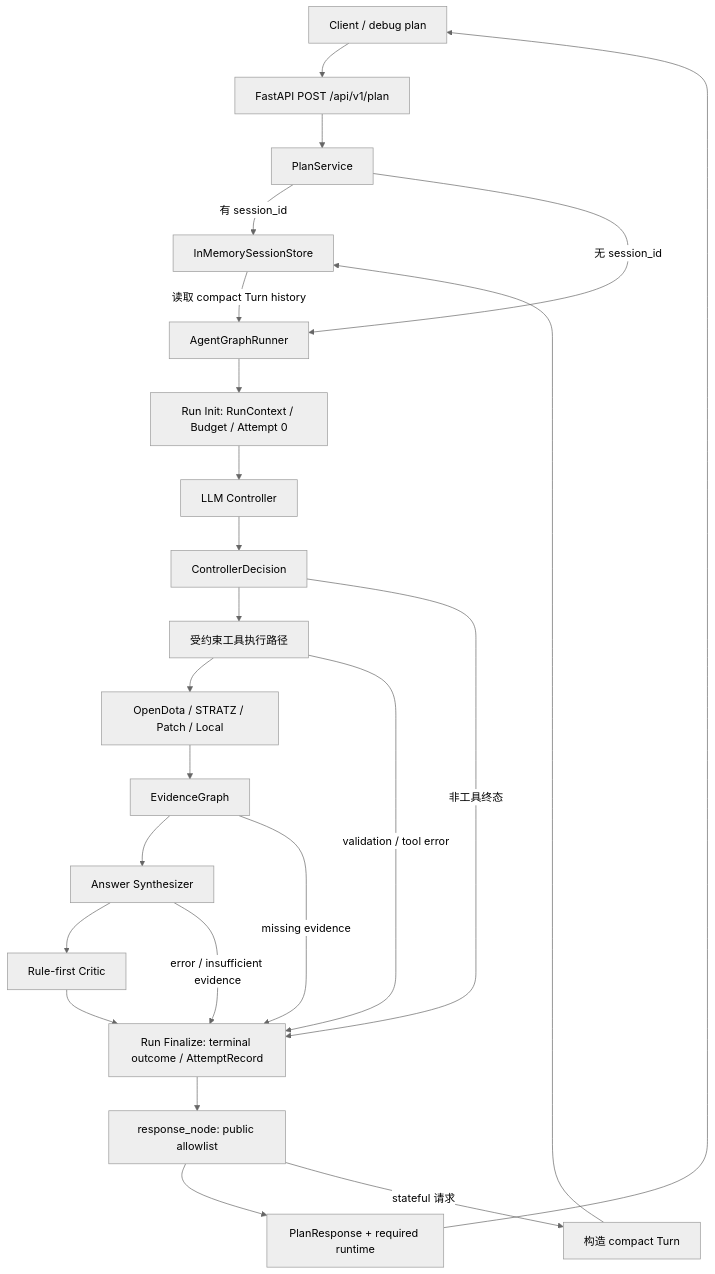
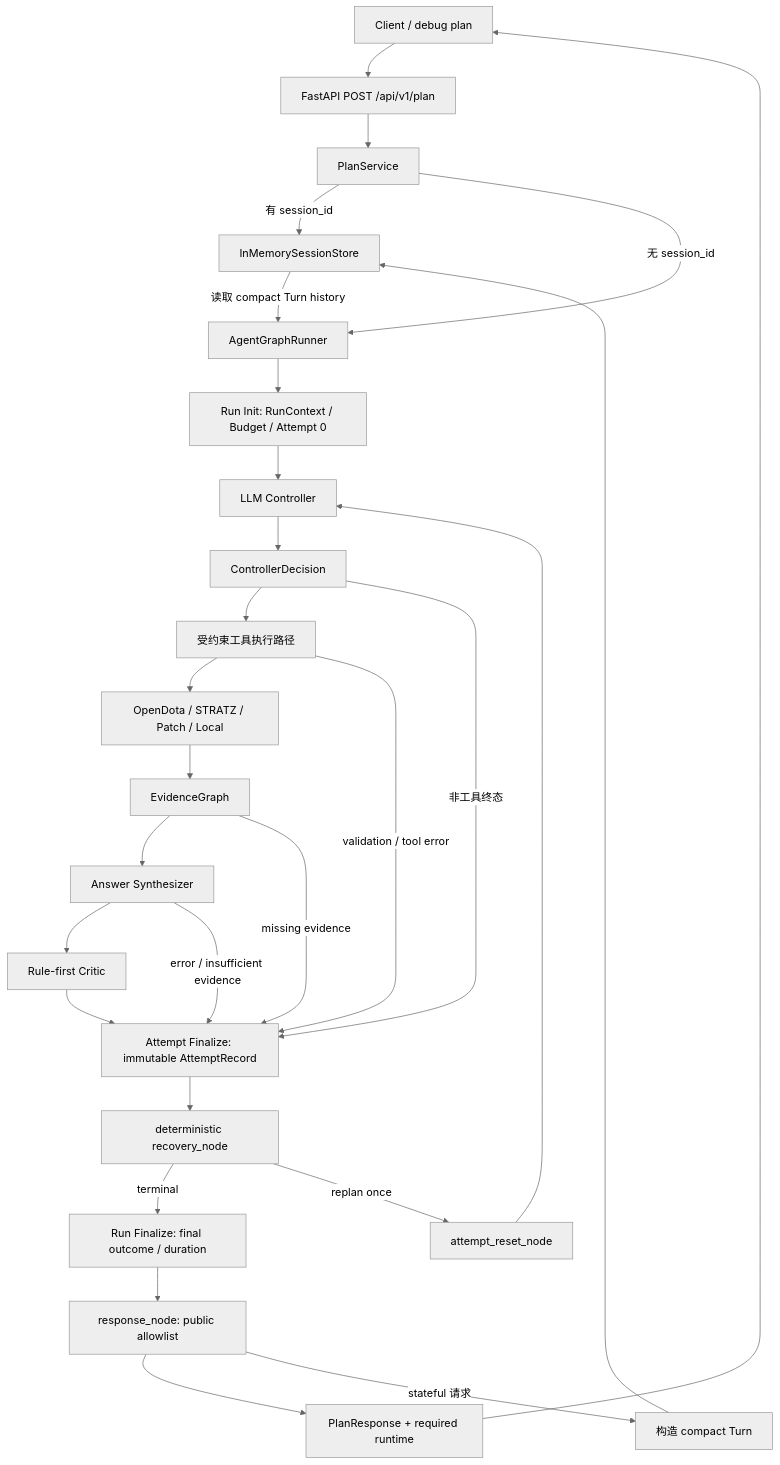
Before and after one commit to Philip23333/DotaMind: the first of 5 diagrams in docs/design/architecture/整体架构.md, drawn with Mermaid (neutral theme). The commit also changed other lines of this file and 40 other files, not shown here.

First line of the commit message:
feat(agentic): V3.2-3 有界缺证 Recovery/Replan

````diff
--- a/docs/design/architecture/整体架构.md
+++ b/docs/design/architecture/整体架构.md
@@ -16,31 +16,35 @@
 ```mermaid
 flowchart TD
     Client["Client / debug plan"] --> API["FastAPI POST /api/v1/plan"]
     API --> Service["PlanService"]
 
     Service -->|"有 session_id"| Store["InMemorySessionStore"]
     Store -->|"读取 compact Turn history"| Graph["AgentGraphRunner"]
     Service -->|"无 session_id"| Graph
 
     Graph --> RunInit["Run Init: RunContext / Budget / Attempt 0"]
     RunInit --> Controller["LLM Controller"]
     Controller --> Decision["ControllerDecision"]
     Decision --> ToolPath["受约束工具执行路径"]
     ToolPath --> Integrations["OpenDota / STRATZ / Patch / Local"]
     Integrations --> Evidence["EvidenceGraph"]
     Evidence --> Answer["Answer Synthesizer"]
     Answer --> Critic["Rule-first Critic"]
-    Critic --> Finalize["Run Finalize: terminal outcome / AttemptRecord"]
+    Critic --> AttemptFinalize["Attempt Finalize: immutable AttemptRecord"]
 
-    Decision -->|"非工具终态"| Finalize
-    ToolPath -->|"validation / tool error"| Finalize
-    Evidence -->|"missing evidence"| Finalize
-    Answer -->|"error / insufficient evidence"| Finalize
+    Decision -->|"非工具终态"| AttemptFinalize
+    ToolPath -->|"validation / tool error"| AttemptFinalize
+    Evidence -->|"missing evidence"| AttemptFinalize
+    Answer -->|"error / insufficient evidence"| AttemptFinalize
 
-    Finalize --> Response["response_node: public allowlist"]
+    AttemptFinalize --> Recovery["deterministic recovery_node"]
+    Recovery -->|"terminal"| RunFinalize["Run Finalize: final outcome / duration"]
+    Recovery -->|"replan once"| Reset["attempt_reset_node"]
+    Reset --> Controller
+    RunFinalize --> Response["response_node: public allowlist"]
     Response --> Mapper["PlanResponse + required runtime"]
     Mapper --> Client
 
     Response -->|"stateful 请求"| Summary["构造 compact Turn"]
     Summary --> Store
 ```
````
